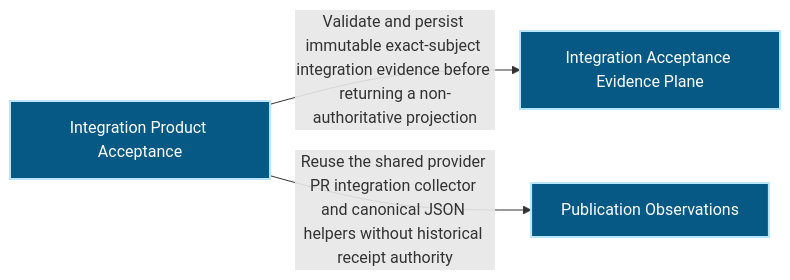
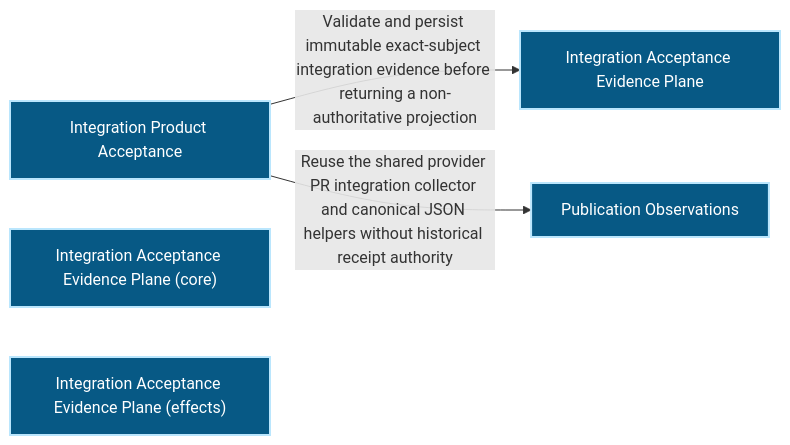
Before and after one commit to Ancienttwo/repo-harness: the first of 2 diagrams in docs/architecture/modules/runtime-harness/integration-acceptance.md, drawn with Mermaid. The commit also changed other lines of this file and 32 other files, not shown here.

First line of the commit message:
chore(projection): refresh generated architecture outputs for main@4c37d26d25c7

````diff
--- a/docs/architecture/modules/runtime-harness/integration-acceptance.md
+++ b/docs/architecture/modules/runtime-harness/integration-acceptance.md
@@ -16,12 +16,14 @@
 ```mermaid
 flowchart LR
   p1_capability_organization_publication_44355620["Publication Observations"]:::component
   p1_capability_runtime_harness_integration_acceptance_8c7dd2d3["Integration Product Acceptance"]:::component
   p1_component_integration_acceptance_primary_d3db0bd8["Integration Acceptance Evidence Plane"]:::component
+  p1_component_integration_acceptance_primary_core_24d429f5["Integration Acceptance Evidence Plane (core)"]:::component
+  p1_component_integration_acceptance_primary_effects_edc398d3["Integration Acceptance Evidence Plane (effects)"]:::component
   p1_capability_runtime_harness_integration_acceptance_8c7dd2d3 -->|"Validate and persist immutable exact-subject integration evidence before returning a non-authoritative projection"| p1_component_integration_acceptance_primary_d3db0bd8
   p1_capability_runtime_harness_integration_acceptance_8c7dd2d3 -->|"Reuse the shared provider PR integration collector and canonical JSON helpers without historical receipt authority"| p1_capability_organization_publication_44355620
   classDef actor fill:#111827,color:#ffffff,stroke:#f9fafb,stroke-width:2px
   classDef component fill:#075985,color:#ffffff,stroke:#bae6fd,stroke-width:2px
   classDef datastore fill:#3f6212,color:#ffffff,stroke:#d9f99d,stroke-width:2px
   classDef external fill:#7c2d12,color:#ffffff,stroke:#fed7aa,stroke-width:2px
 ```
````
